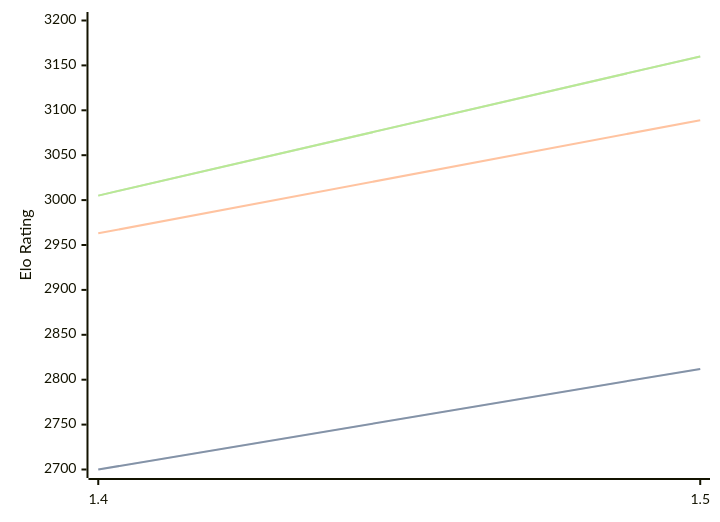
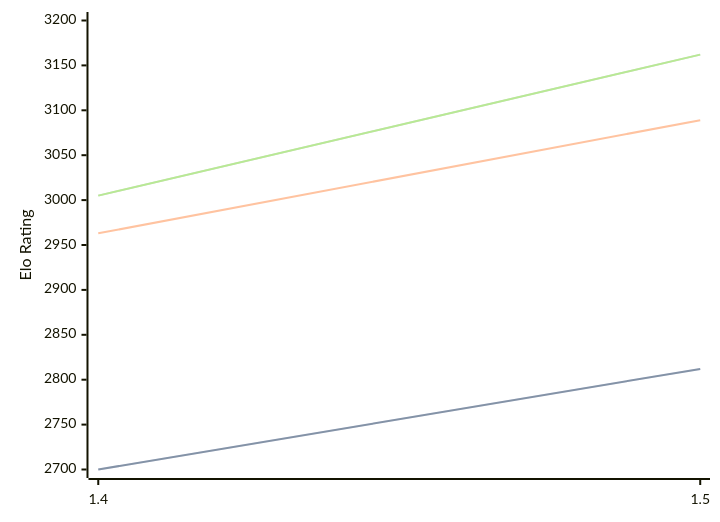
Before and after one commit to computer-chess-index/cci: the diagram in engines/Yakka.md, drawn with Mermaid. The commit also changed other lines of this file, not shown here.

Commit message:
Update CCI Ratings (ELO VLTC) - 2026-03-06

````diff
--- a/engines/Yakka.md
+++ b/engines/Yakka.md
@@ -34,11 +34,11 @@
 ```mermaid
 %%{init: {"theme":"base","themeVariables":{"seriesColors:['#a3a3a3','#222221','#faa371']}}}%%
 xychart-beta
   x-axis ["1.4", "1.5"]
   y-axis "Elo Rating" 2700 --> 3200
   line "STC (8.0+0.08s)" [2700, 2812]
   line "STC (8.0+0.08s)" [2700, 2812]
   line "LTC (60.0+0.60s)" [2963, 3089]
-  line "VLTC (2m24s+1.12s)" [3005, 3160]
-  line "VLTC (2m24s+1.12s)" [3005, 3160]
+  line "VLTC (2m24s+1.12s)" [3005, 3162]
+  line "VLTC (2m24s+1.12s)" [3005, 3162]
 ```
````
